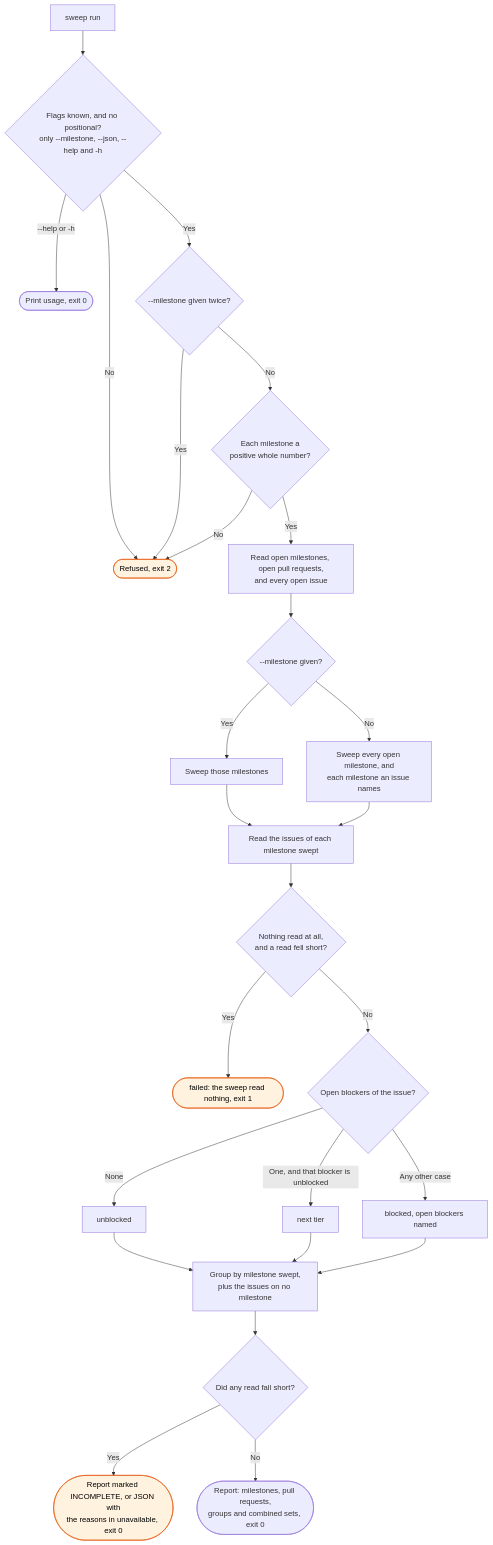
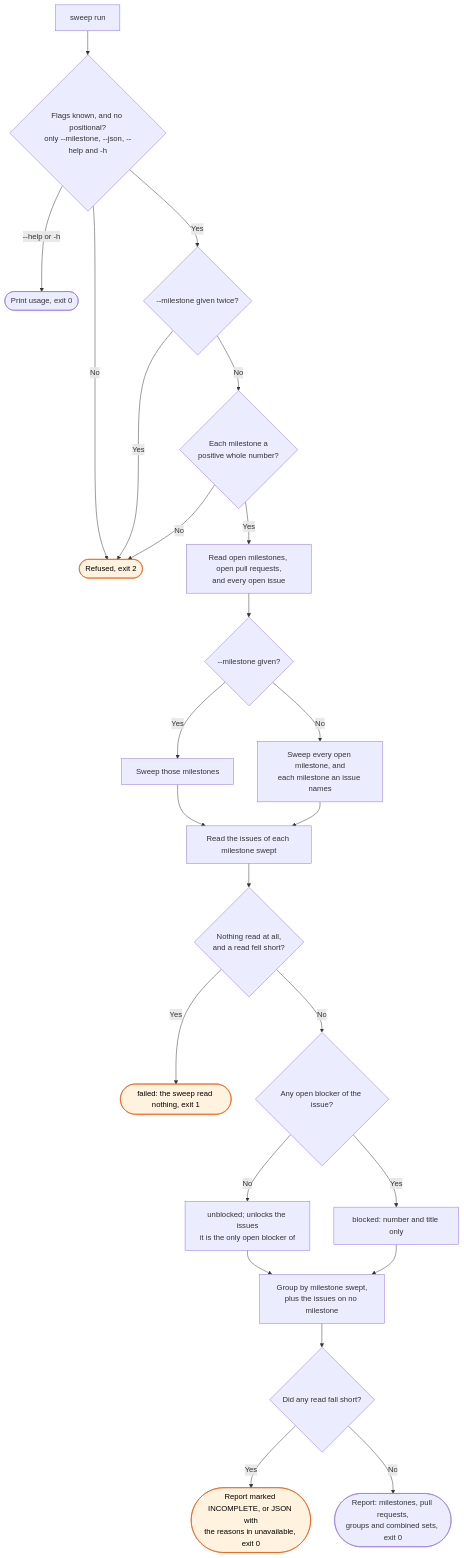
The diagram in docs/flows/workstreams/sweep/sweep-flow.md (bje-settings/claude), drawn with Mermaid before and after one commit. The commit also changed other lines of this file and 19 other files, not shown here.

First line of the commit message:
fix(workstreams): bot threads do not hold pr-state; sweep skips blocked issues (#259)

````diff
--- a/docs/flows/workstreams/sweep/sweep-flow.md
+++ b/docs/flows/workstreams/sweep/sweep-flow.md
@@ -15,30 +15,28 @@
 ```mermaid
 flowchart TD
     A[sweep run] --> B{Flags known, and no positional?<br/>only --milestone, --json, --help and -h}
     B -->|No| Z1([Refused, exit 2]):::stop
     B -->|--help or -h| H([Print usage, exit 0])
     B -->|Yes| C{--milestone given twice?}
     C -->|Yes| Z1
     C -->|No| D{Each milestone a<br/>positive whole number?}
     D -->|No| Z1
     D -->|Yes| E[Read open milestones, open pull requests,<br/>and every open issue]
     E --> F{--milestone given?}
     F -->|Yes| G[Sweep those milestones]
     F -->|No| I[Sweep every open milestone, and<br/>each milestone an issue names]
     G --> J[Read the issues of each milestone swept]
     I --> J
     J --> K{Nothing read at all,<br/>and a read fell short?}
     K -->|Yes| Z2([failed: the sweep read nothing, exit 1]):::stop
-    K -->|No| L{Open blockers of the issue?}
-    L -->|None| T1[unblocked]
-    L -->|One, and that blocker is unblocked| T2[next tier]
-    L -->|Any other case| T3[blocked, open blockers named]
+    K -->|No| L{Any open blocker of the issue?}
+    L -->|No| T1[unblocked; unlocks the issues<br/>it is the only open blocker of]
+    L -->|Yes| T3[blocked: number and title only]
     T1 --> N[Group by milestone swept,<br/>plus the issues on no milestone]
-    T2 --> N
     T3 --> N
     N --> O{Did any read fall short?}
     O -->|Yes| P([Report marked INCOMPLETE, or JSON with<br/>the reasons in unavailable, exit 0]):::stop
     O -->|No| Q([Report: milestones, pull requests,<br/>groups and combined sets, exit 0])
 
     classDef stop fill:#fff3e0,stroke:#e65100,color:#000
 ```
````
